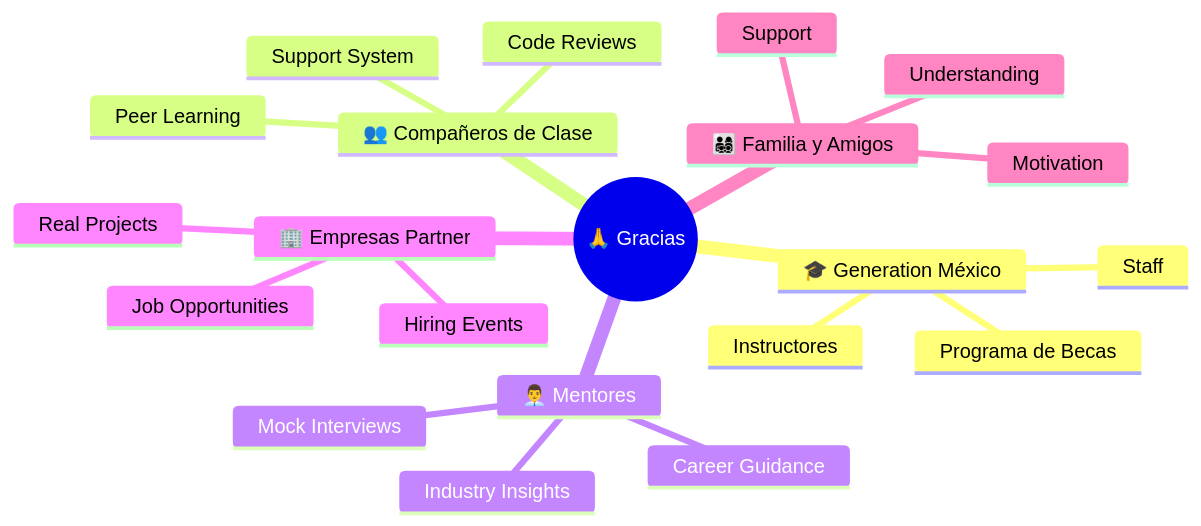
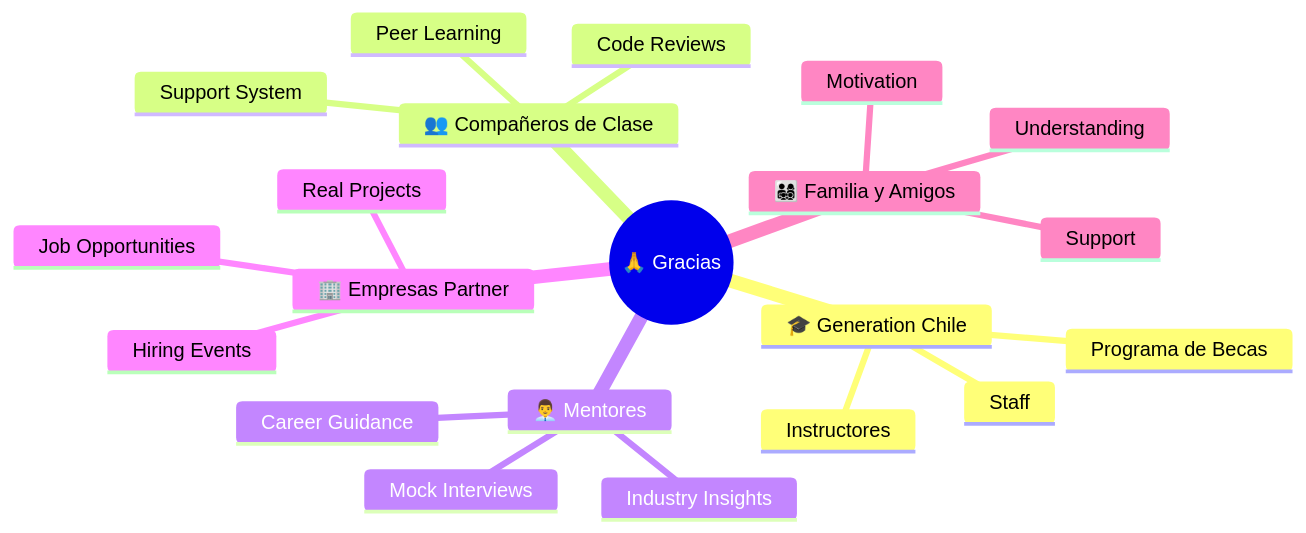
Diagram 14 of 14 in README.md (Arkanabytes/Generation), drawn with Mermaid before and after one commit. The commit also changed other lines of this file, not shown here.

````diff
--- a/README.md
+++ b/README.md
@@ -755,24 +755,24 @@
 ```mermaid
 mindmap
   root((🙏 Gracias))
-    🎓 Generation México
+    🎓 Generation Chile
       Instructores
       Staff
       Programa de Becas
     👥 Compañeros de Clase
       Peer Learning
       Code Reviews
       Support System
     👨‍💼 Mentores
       Career Guidance
       Industry Insights
       Mock Interviews
     🏢 Empresas Partner
       Job Opportunities
       Real Projects
       Hiring Events
     👨‍👩‍👧‍👦 Familia y Amigos
       Support
       Motivation
       Understanding
 ```
````
